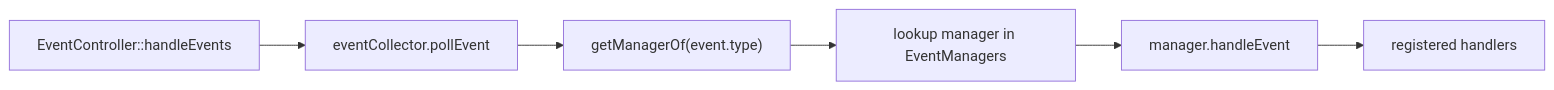
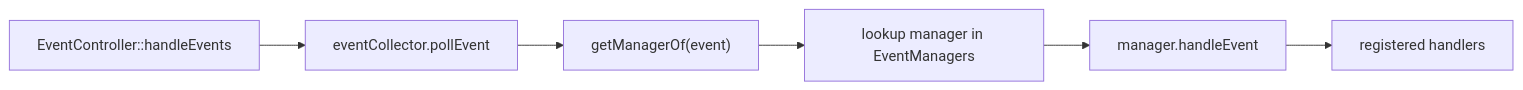
One commit to kblaszki/business-game changed the diagram in docs/reference/event-flow.md. Above: the diagram before and after it, drawn with Mermaid. The commit also changed other lines of this file and 44 other files, not shown here.

Commit message:
Migrate to SFML 3.1: variant events, optional pollEvent, drop EventPrinter.

````diff
--- a/docs/reference/event-flow.md
+++ b/docs/reference/event-flow.md
@@ -24,8 +24,8 @@
 ```mermaid
 flowchart LR
   Poll[EventController::handleEvents] --> Poll2[eventCollector.pollEvent]
-  Poll2 --> Map["getManagerOf(event.type)"]
+  Poll2 --> Map["getManagerOf(event)"]
   Map --> Find[lookup manager in EventManagers]
   Find --> Handle[manager.handleEvent]
   Handle --> Cbs[registered handlers]
 ```
````
